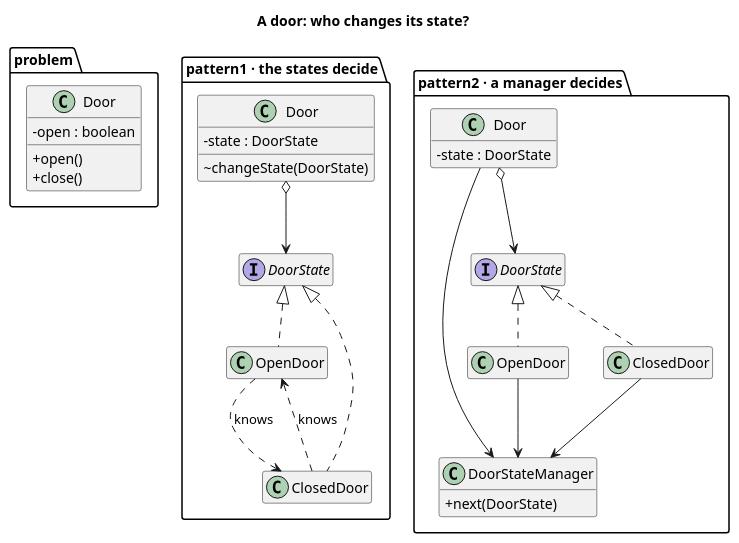
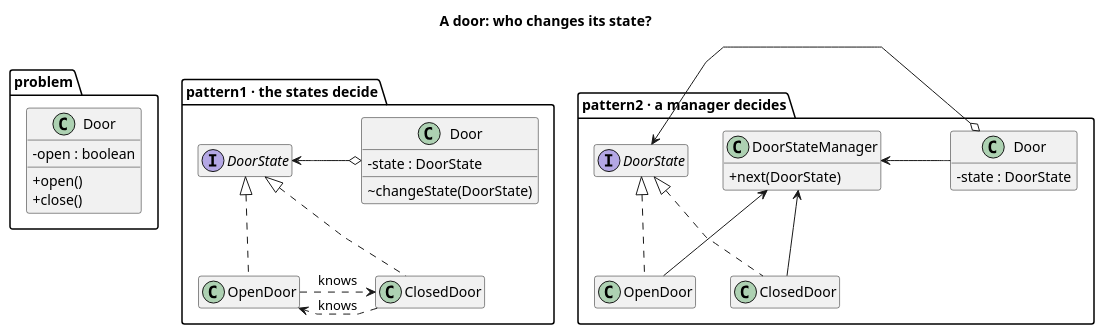
One commit to kaldiroglu/DesignPatternsWithJava changed the diagram in src/main/java/dev/kaldiroglu/dp/behavioral/state/door/uml/State - Door - Class Diagram.puml. Above: the diagram before and after it, drawn with PlantUML. The commit also changed 58 other files, not shown here.

Commit message:
Behavioral diagrams: each parent above and centered over its children, on one row, with straight lines; traffic CD.png shows the current design

```diff
--- a/src/main/java/dev/kaldiroglu/dp/behavioral/state/door/uml/State - Door - Class Diagram.puml
+++ b/src/main/java/dev/kaldiroglu/dp/behavioral/state/door/uml/State - Door - Class Diagram.puml
@@ -1,46 +1,47 @@
 @startuml "State - Door - Class Diagram"
+skinparam linetype polyline
 skinparam classAttributeIconSize 0
 hide empty members
 title A door: who changes its state?
 
 package "problem" {
   class "Door" as D0 {
     - open : boolean
     + open()
     + close()
   }
 }
 package "pattern1 · the states decide" {
   class "Door" as D1 {
     - state : DoorState
     ~ changeState(DoorState)
   }
   interface "DoorState" as S1
   class "OpenDoor" as O1
   class "ClosedDoor" as C1
-  D1 o--> S1
   S1 <|.. O1
   S1 <|.. C1
-  O1 ..> C1 : knows
-  C1 ..> O1 : knows
 }
 package "pattern2 · a manager decides" {
   class "Door" as D2 {
     - state : DoorState
   }
   class DoorStateManager {
     + next(DoorState)
   }
   interface "DoorState" as S2
   class "OpenDoor" as O2
   class "ClosedDoor" as C2
-  D2 o--> S2
-  D2 --> DoorStateManager
   S2 <|.. O2
   S2 <|.. C2
-  O2 --> DoorStateManager
-  C2 --> DoorStateManager
 }
 D0 -[hidden]right- D1
 D1 -[hidden]right- D2
+  D1 o-[norank]-> S1
+  O1 .[norank].> C1 : knows
+  C1 .[norank].> O1 : knows
+  D2 o-[norank]-> S2
+  D2 -[norank]-> DoorStateManager
+  O2 -[norank]-> DoorStateManager
+  C2 -[norank]-> DoorStateManager
 @enduml
```
